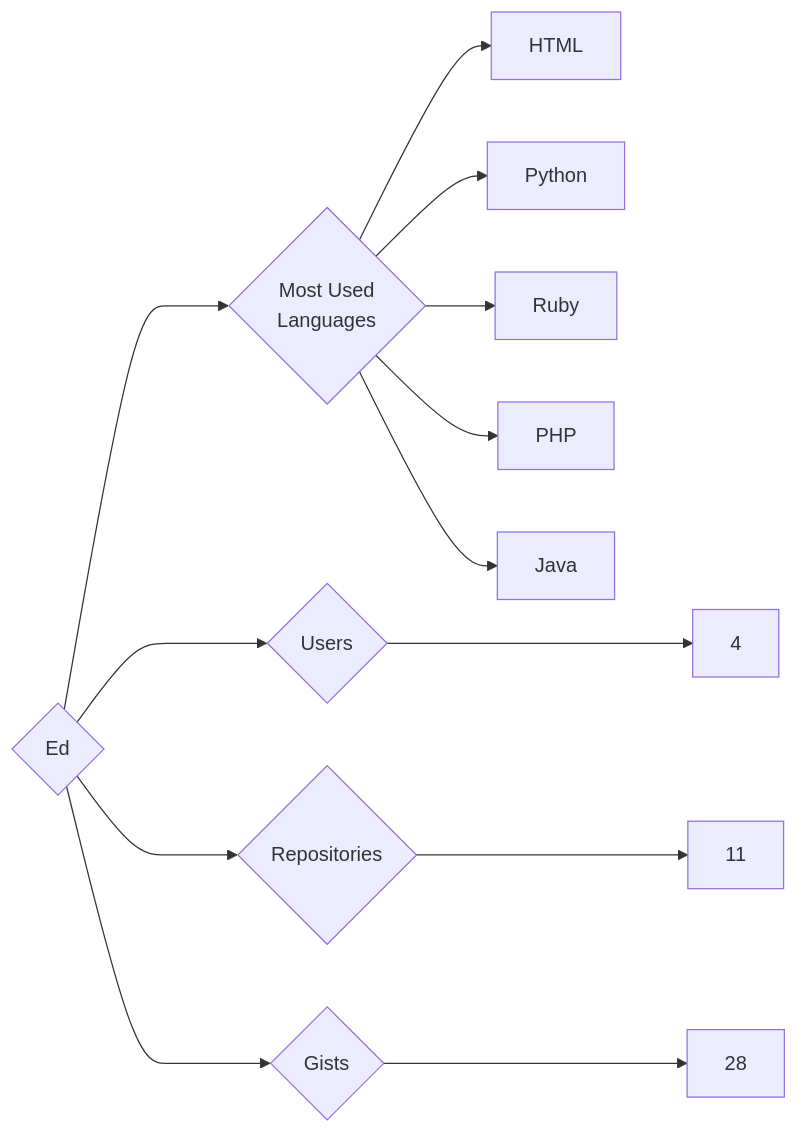
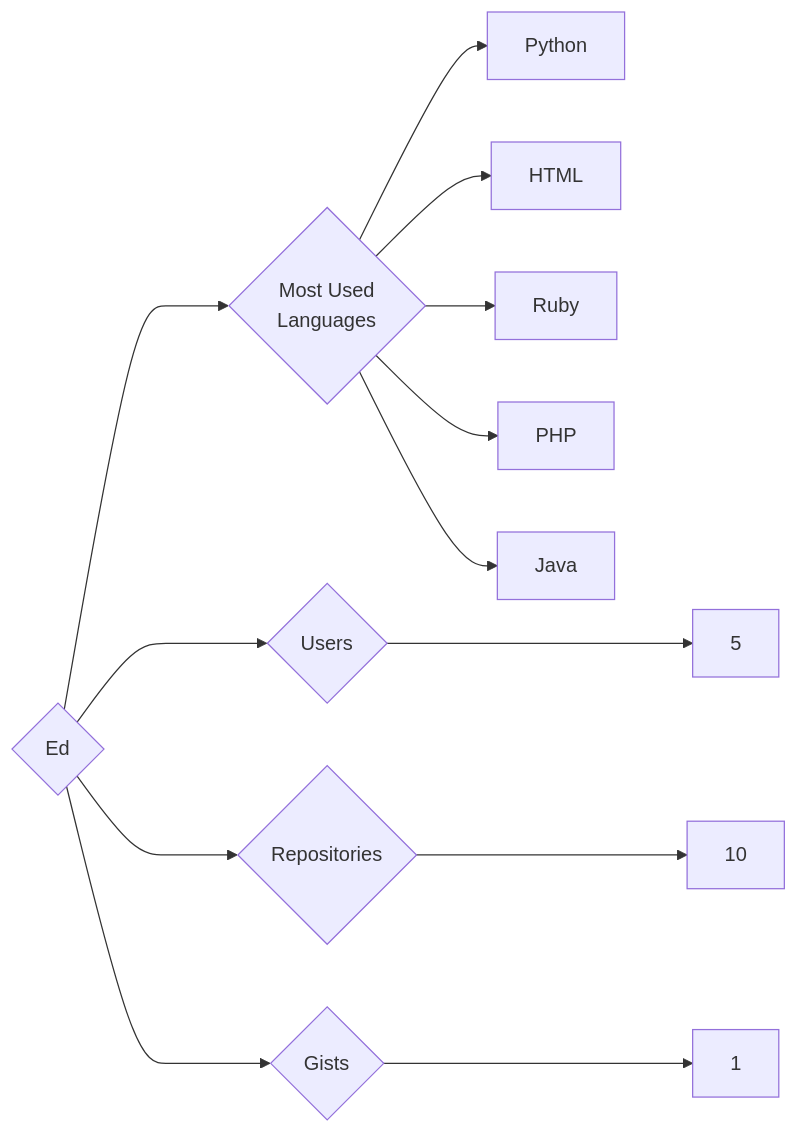
One commit to trickest/insiders changed the diagram in targets/Ed/README.md. Above: the diagram before and after it, drawn with Mermaid. The commit also changed 1030 other files, not shown here.

````diff
--- a/targets/Ed/README.md
+++ b/targets/Ed/README.md
@@ -3,13 +3,13 @@
 ```mermaid
 graph LR
 COMPANY_NAME{Ed}
-COMPANY_NAME ---> U{Users} ---> UN[4]
-COMPANY_NAME ---> R{Repositories} ---> RN[11]
-COMPANY_NAME ---> G{Gists} ---> GN[28]
+COMPANY_NAME ---> U{Users} ---> UN[5]
+COMPANY_NAME ---> R{Repositories} ---> RN[10]
+COMPANY_NAME ---> G{Gists} ---> GN[1]
 COMPANY_NAME ---> ML{Most Used<br>Languages}
+ML --> Python[Python]
 ML --> HTML[HTML]
-ML --> Python[Python]
 ML --> Ruby[Ruby]
 ML --> PHP[PHP]
 ML --> Java[Java]
 ```
````
